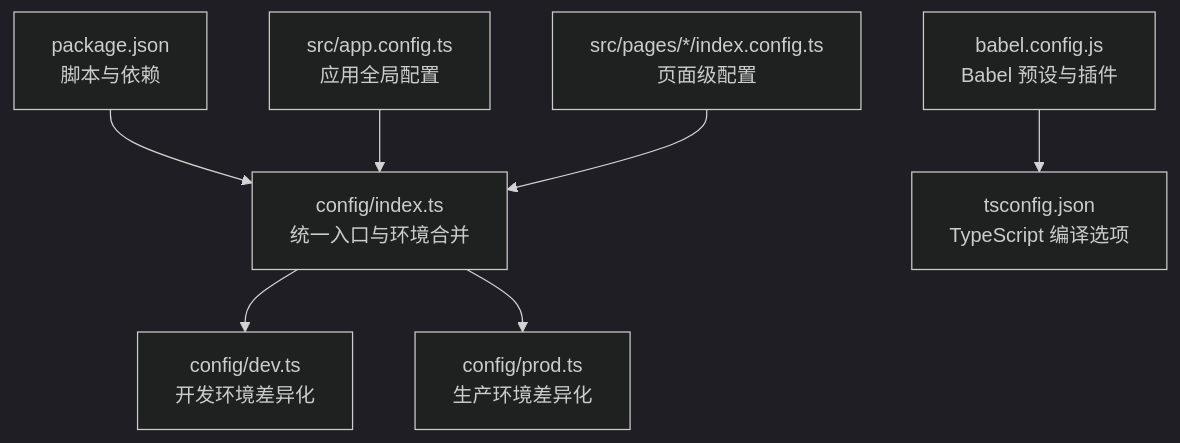
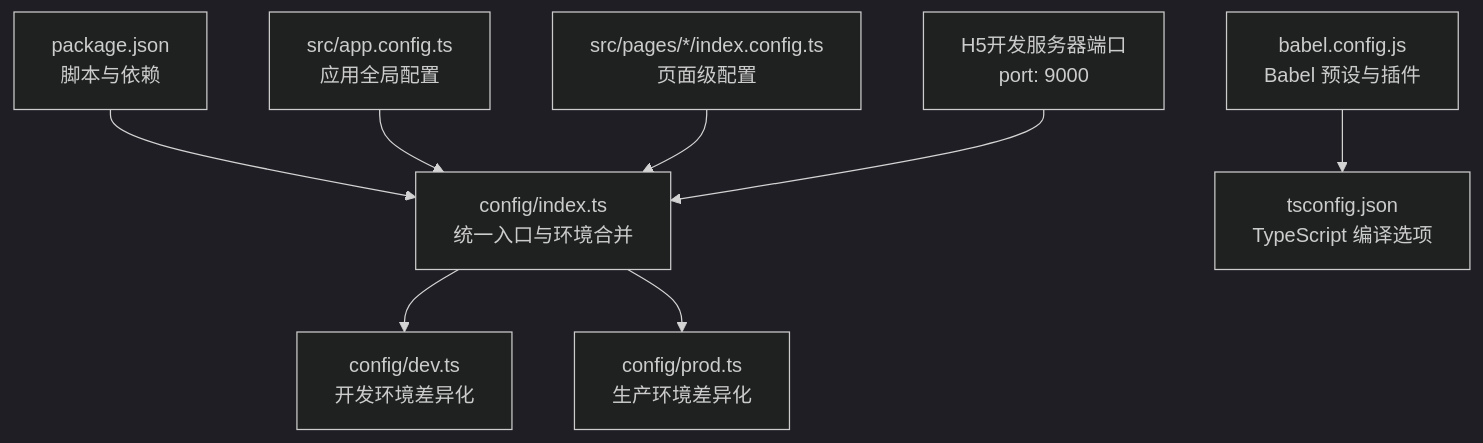
Before and after one commit to zuolinbao/redbook: the first of 10 diagrams in .qoder/repowiki/zh/content/架构设计/构建配置系统.md, drawn with Mermaid (dark theme). The commit also changed other lines of this file and 8 other files, not shown here.

Commit message:
feat: 新增Icon组件，SliderVerify使用SVG图标替代emoji

````diff
--- a/.qoder/repowiki/zh/content/架构设计/构建配置系统.md
+++ b/.qoder/repowiki/zh/content/架构设计/构建配置系统.md
@@ -34,9 +41,10 @@
 ```mermaid
 graph TB
 A["config/index.ts<br/>统一入口与环境合并"] --> B["config/dev.ts<br/>开发环境差异化"]
 A --> C["config/prod.ts<br/>生产环境差异化"]
 D["babel.config.js<br/>Babel 预设与插件"] --> E["tsconfig.json<br/>TypeScript 编译选项"]
 F["package.json<br/>脚本与依赖"] --> A
 G["src/app.config.ts<br/>应用全局配置"] --> A
 H["src/pages/*/index.config.ts<br/>页面级配置"] --> A
+I["H5开发服务器端口<br/>port: 9000"] --> A
 ```
````
